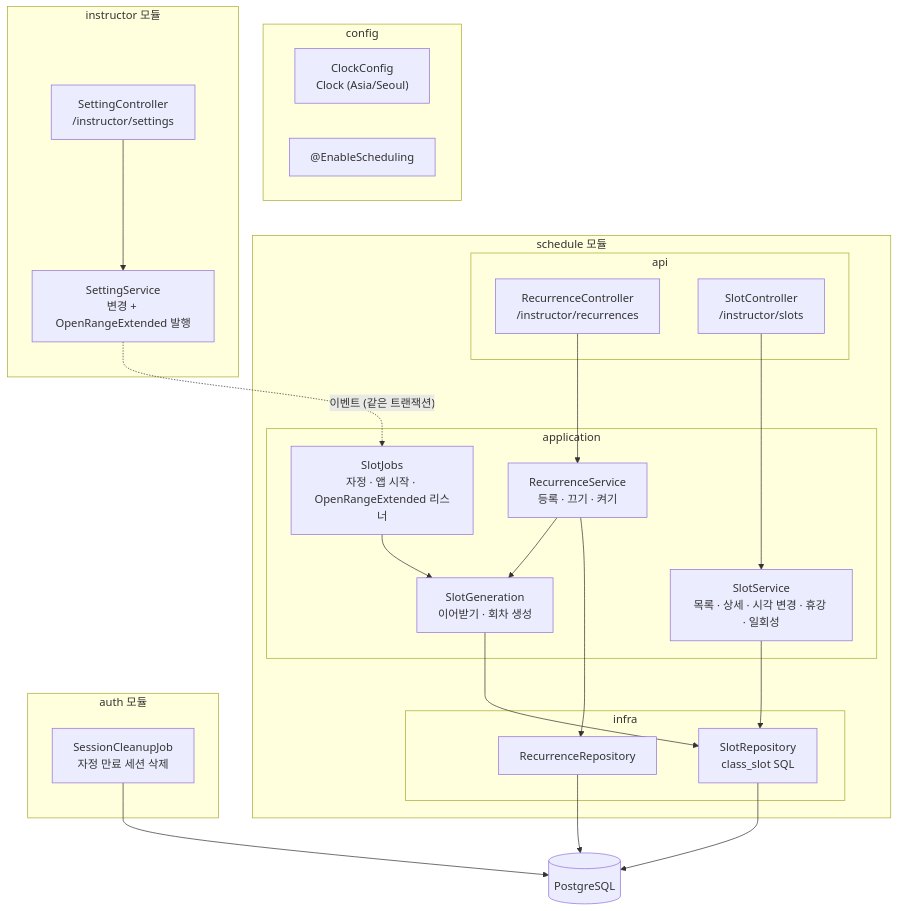
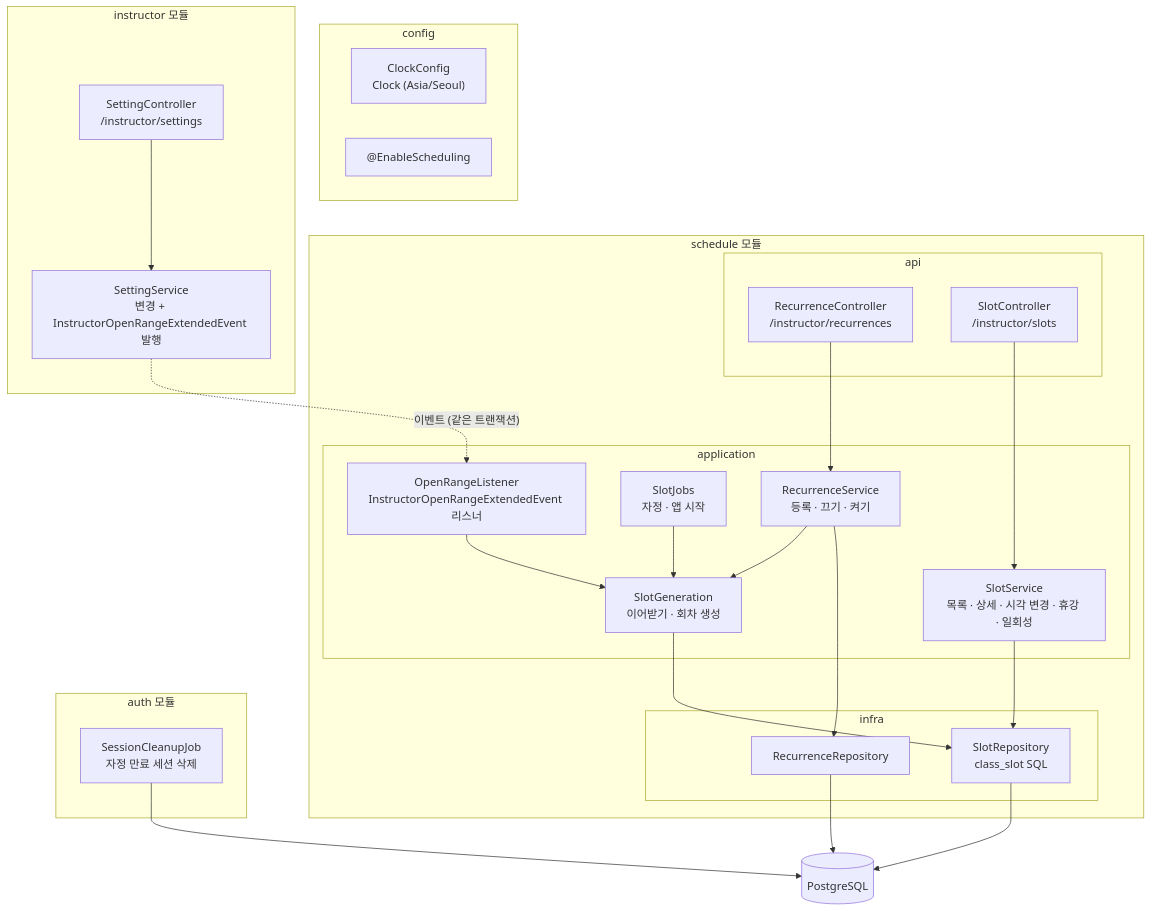
Before and after one commit to Fit-link-v2/FitLink-BE: the third of 4 diagrams in docs/spec/instructor/0001-instructor-setup/plan.md, drawn with Mermaid. The commit also changed other lines of this file and 15 other files, not shown here.

````diff
--- a/docs/spec/instructor/0001-instructor-setup/plan.md
+++ b/docs/spec/instructor/0001-instructor-setup/plan.md
@@ -189,41 +189,43 @@
 ```mermaid
 flowchart TB
     subgraph config["config"]
         CK["ClockConfig<br/>Clock (Asia/Seoul)"]
         SCH["@EnableScheduling"]
     end
     subgraph schedule["schedule 모듈"]
         subgraph sapi["api"]
             RC["RecurrenceController<br/>/instructor/recurrences"]
             SLC["SlotController<br/>/instructor/slots"]
         end
         subgraph sapp["application"]
             RS["RecurrenceService<br/>등록 · 끄기 · 켜기"]
             SS2["SlotService<br/>목록 · 상세 · 시각 변경 · 휴강 · 일회성"]
             GEN["SlotGeneration<br/>이어받기 · 회차 생성"]
-            JOB["SlotJobs<br/>자정 · 앱 시작 · OpenRangeExtended 리스너"]
+            JOB["SlotJobs<br/>자정 · 앱 시작"]
+            OL["OpenRangeListener<br/>InstructorOpenRangeExtendedEvent 리스너"]
         end
         subgraph sinfra["infra"]
             RR["RecurrenceRepository"]
             SR2["SlotRepository<br/>class_slot SQL"]
         end
     end
     subgraph instructor["instructor 모듈"]
         STC["SettingController<br/>/instructor/settings"]
-        STS["SettingService<br/>변경 + OpenRangeExtended 발행"]
+        STS["SettingService<br/>변경 + InstructorOpenRangeExtendedEvent 발행"]
     end
     subgraph auth["auth 모듈"]
         CLN["SessionCleanupJob<br/>자정 만료 세션 삭제"]
     end
     RC --> RS --> GEN
     SLC --> SS2
     JOB --> GEN
+    OL --> GEN
     STC --> STS
-    STS -. "이벤트 (같은 트랜잭션)" .-> JOB
+    STS -. "이벤트 (같은 트랜잭션)" .-> OL
     GEN --> SR2
     RS --> RR
     SS2 --> SR2
     SR2 --> DB[("PostgreSQL")]
     RR --> DB
     CLN --> DB
 ```
````
